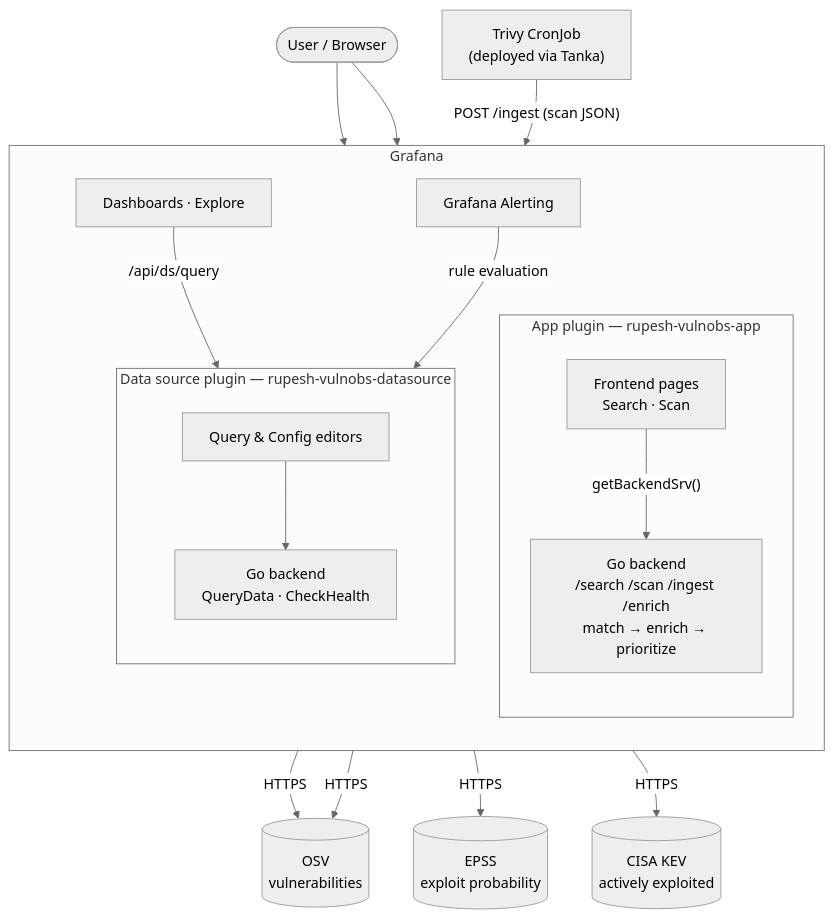
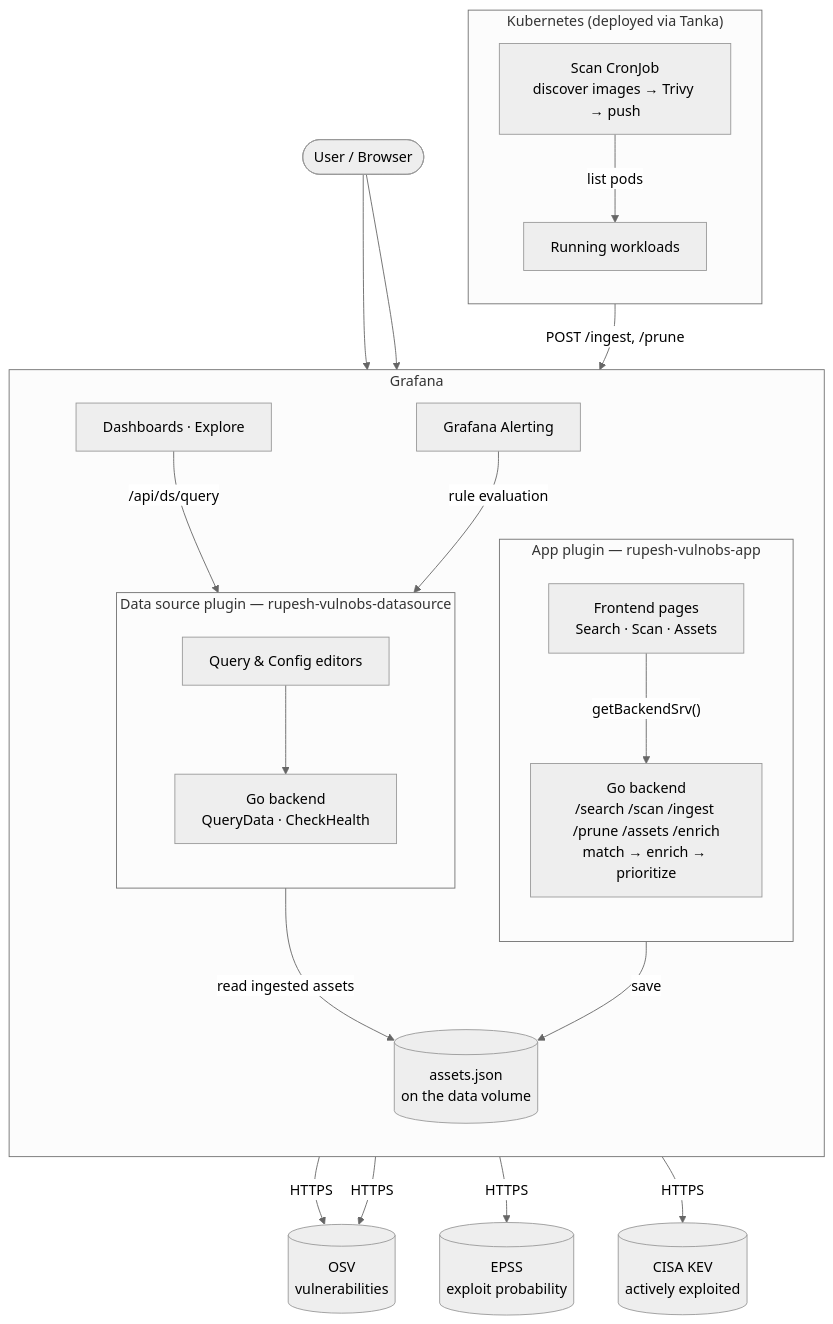
The diagram in README.md (rupeshkoushik07/grafana-vulnobs), drawn with Mermaid (neutral theme) before and after one commit. The commit also changed other lines of this file and 12 other files, not shown here.

First line of the commit message:
Scan every image running in the cluster

````diff
--- a/README.md
+++ b/README.md
@@ -93,39 +114,49 @@
 ```mermaid
 flowchart TB
     user(["User&nbsp;/&nbsp;Browser"])
-    scanner["Trivy CronJob<br/>(deployed via Tanka)"]
+
+    subgraph k8s["Kubernetes (deployed via Tanka)"]
+        direction TB
+        pods["Running workloads"]
+        scanner["Scan CronJob<br/>discover images → Trivy → push"]
+        scanner -->|"list pods"| pods
+    end
 
     subgraph grafana["Grafana"]
         direction TB
         dashes["Dashboards&nbsp;·&nbsp;Explore"]
         alerting["Grafana Alerting"]
 
         subgraph app["App plugin — rupesh-vulnobs-app"]
             direction TB
-            appfe["Frontend pages<br/>Search · Scan"]
-            appbe["Go backend<br/>/search /scan /ingest /enrich<br/>match → enrich → prioritize"]
+            appfe["Frontend pages<br/>Search · Scan · Assets"]
+            appbe["Go backend<br/>/search /scan /ingest /prune /assets /enrich<br/>match → enrich → prioritize"]
             appfe -->|"getBackendSrv()"| appbe
         end
 
         subgraph ds["Data source plugin — rupesh-vulnobs-datasource"]
             direction TB
             dsfe["Query &amp; Config editors"]
             dsbe["Go backend<br/>QueryData · CheckHealth"]
             dsfe --> dsbe
         end
+
+        store[("assets.json<br/>on the data volume")]
     end
 
     osv[("OSV<br/>vulnerabilities")]
     epss[("EPSS<br/>exploit probability")]
     kev[("CISA KEV<br/>actively exploited")]
 
     user --> appfe
     user --> dashes
-    scanner -->|"POST /ingest (scan JSON)"| appbe
+    scanner -->|"POST /ingest, /prune"| appbe
+    appbe -->|"save"| store
+    dsbe -->|"read ingested assets"| store
     dashes -->|"/api/ds/query"| dsbe
     alerting -->|"rule evaluation"| dsbe
     appbe -->|"HTTPS"| osv
     appbe -->|"HTTPS"| epss
     appbe -->|"HTTPS"| kev
     dsbe -->|"HTTPS"| osv
 ```
````
